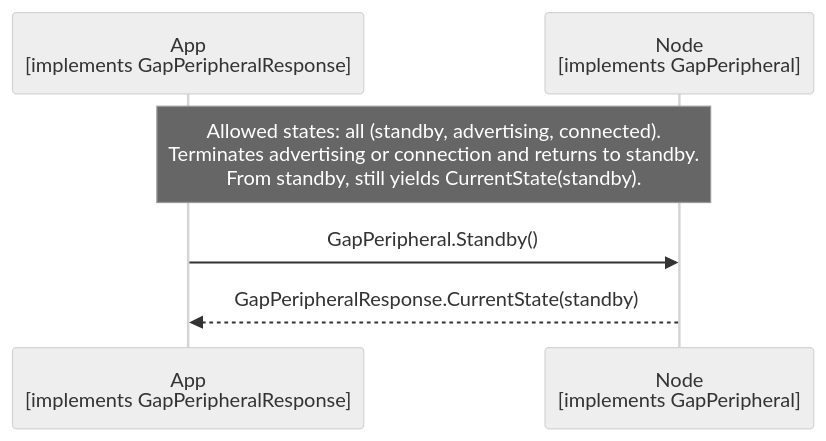
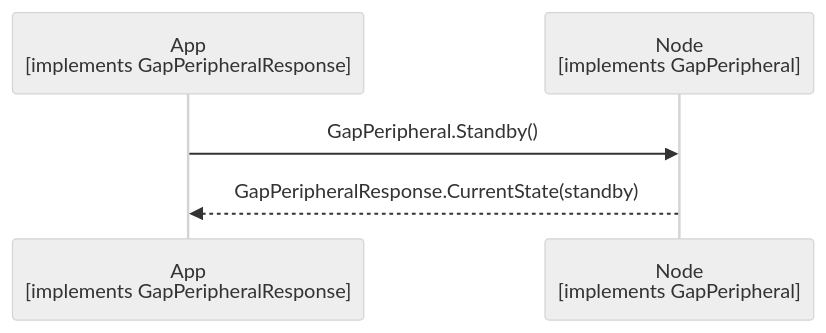
Before and after one commit to philips-software/amp-embedded-infra-lib: the diagram in documents/modules/ROOT/partials/echoservices/gap_peripheral/GapPeripheral_Standby_sequence.mmd, drawn with Mermaid (neutral theme). The commit also changed 28 other files, not shown here.

```diff
--- a/documents/modules/ROOT/partials/echoservices/gap_peripheral/GapPeripheral_Standby_sequence.mmd
+++ b/documents/modules/ROOT/partials/echoservices/gap_peripheral/GapPeripheral_Standby_sequence.mmd
@@ -1,6 +1,5 @@
 sequenceDiagram
     participant App as App<br>[implements GapPeripheralResponse]
     participant Node as Node<br>[implements GapPeripheral]
-    Note over App, Node: Allowed states: all (standby, advertising, connected).<br>Terminates advertising or connection and returns to standby.<br>From standby, still yields CurrentState(standby).
     App->>Node: GapPeripheral.Standby()
     Node-->>App: GapPeripheralResponse.CurrentState(standby)
```
